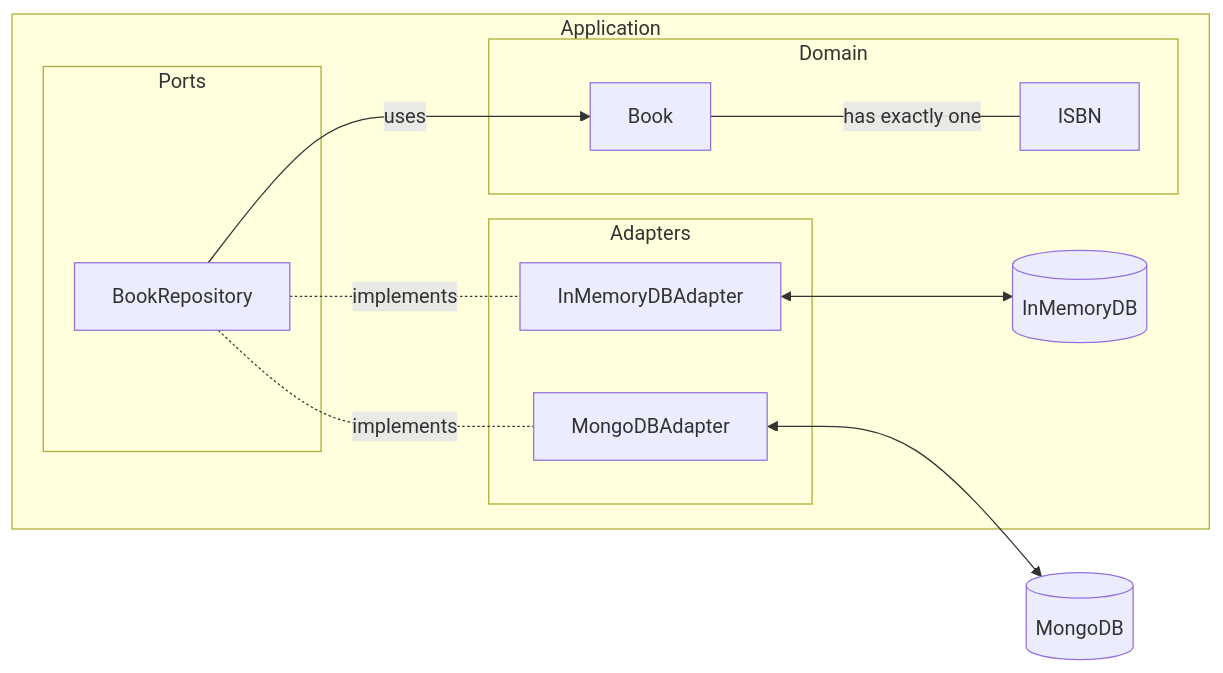
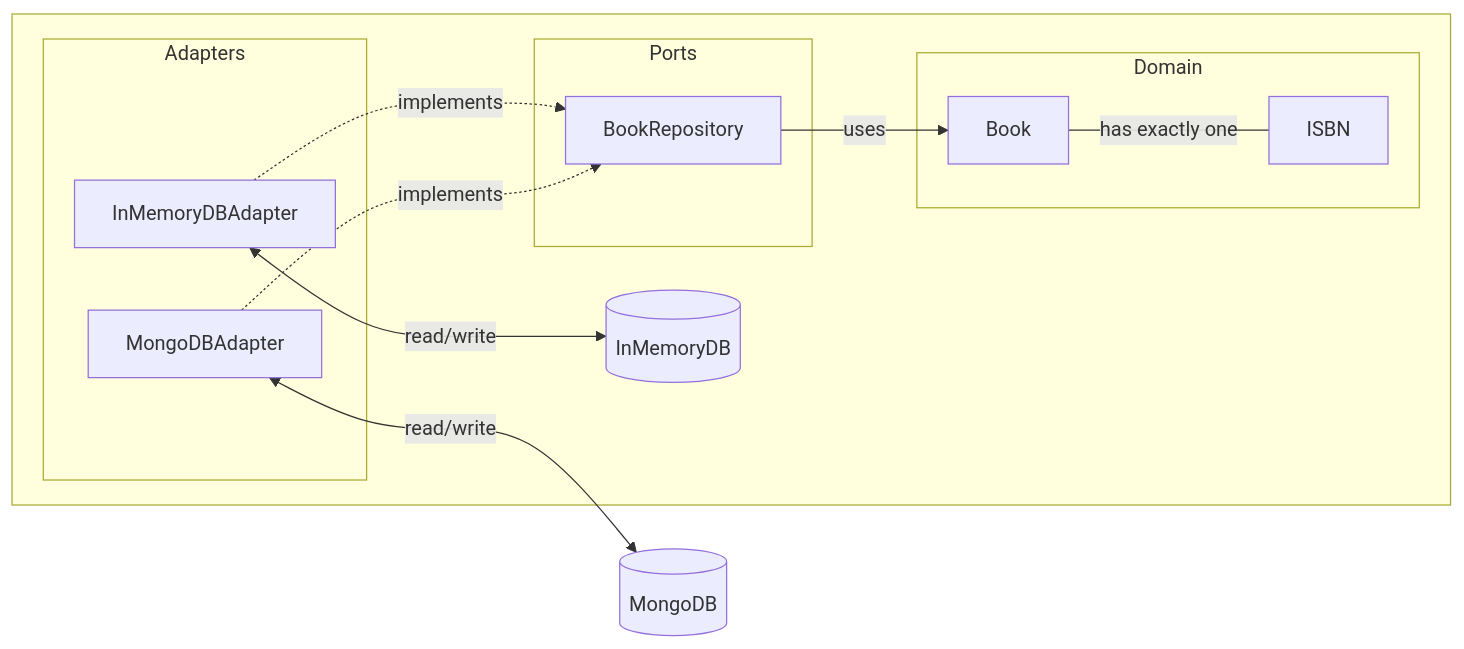
One commit to tscz/domain-model changed the diagram in README.md. Above: the diagram before and after it, drawn with Mermaid. The commit also changed other lines of this file and 4 other files, not shown here.

Commit message:
add diagram generation

````diff
--- a/README.md
+++ b/README.md
@@ -4,27 +4,28 @@
 ```mermaid
 flowchart LR
-subgraph Application 
+
+subgraph  
 subgraph Domain 
     Book-- has exactly one ---ISBN
 
 end
 subgraph Ports 
     BookRepository
 end
 subgraph Adapters 
     InMemoryDBAdapter
     MongoDBAdapter
 end
 InMemoryDB[(InMemoryDB)]
 end
 
 MongoDB[(MongoDB)]
 
+InMemoryDBAdapter-. implements .->BookRepository
+MongoDBAdapter-. implements .->BookRepository
+
 BookRepository-- uses -->Book
 
-BookRepository-. implements .-InMemoryDBAdapter
-BookRepository-. implements .-MongoDBAdapter
-
-InMemoryDBAdapter<-->InMemoryDB
-MongoDBAdapter<-->MongoDB
+InMemoryDBAdapter<-- read/write -->InMemoryDB
+MongoDBAdapter<-- read/write -->MongoDB
 ```
````
